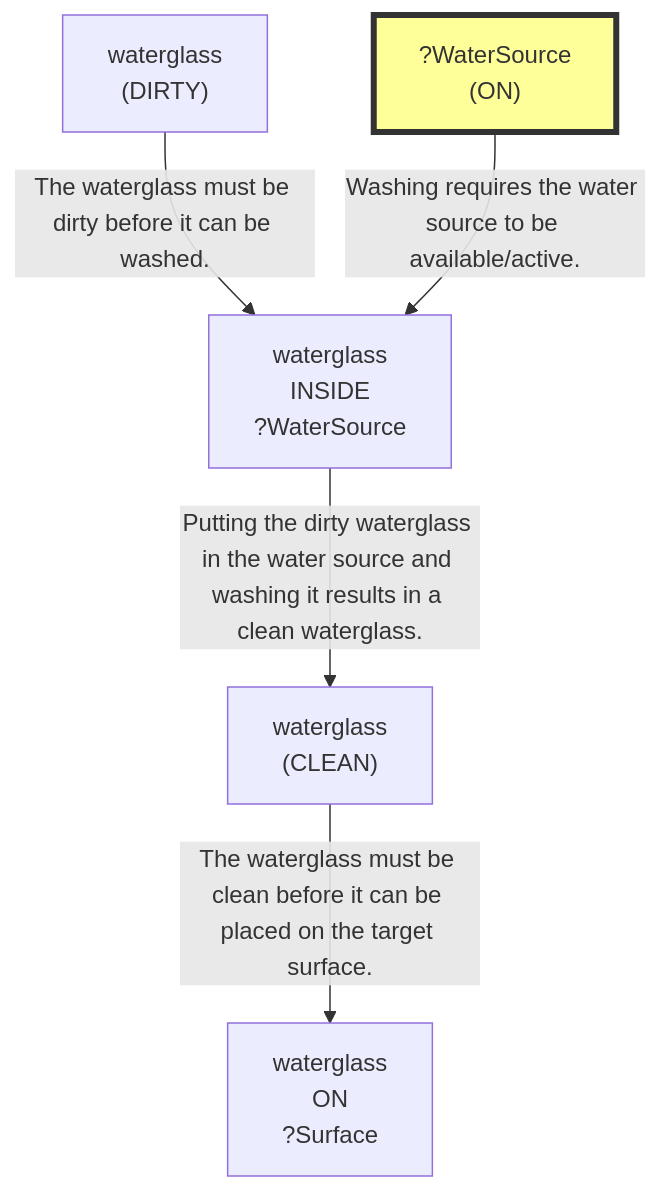
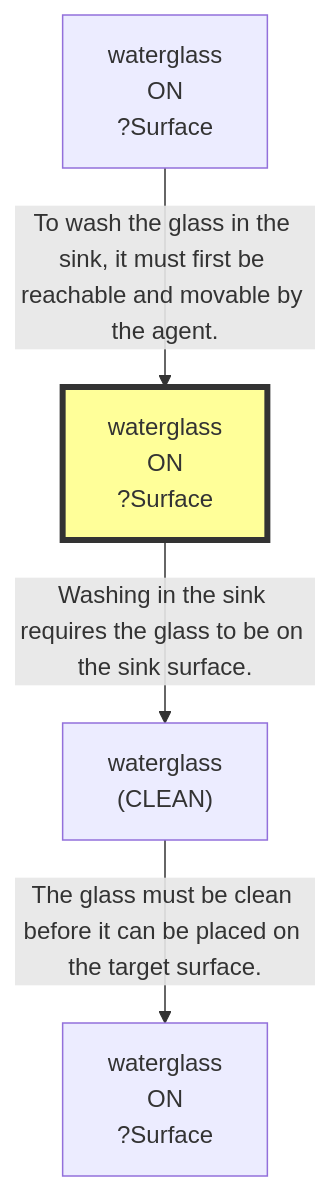
The second of 6 diagrams in agent/results/success/P3_13/run_P3_13.md (scuama/virtualhome), drawn with Mermaid before and after one commit. The commit also changed other lines of this file and 7 other files, not shown here.

````diff
--- a/agent/results/success/P3_13/run_P3_13.md
+++ b/agent/results/success/P3_13/run_P3_13.md
@@ -185,13 +128,11 @@
 ```mermaid
 graph TD
     N1["waterglass<br>ON<br>?Surface"]
-    N2["waterglass<br>INSIDE<br>?WaterSource"]
-    N3["waterglass<br>(CLEAN)"]
-    N4["waterglass<br>(DIRTY)"]
-    N5["?WaterSource<br>(ON)"]
-    style N5 fill:#ff9,stroke:#333,stroke-width:4px
-    N4 -->|"The waterglass must be dirty before it can be washed."| N2
-    N5 -->|"Washing requires the water source to be available/active."| N2
-    N2 -->|"Putting the dirty waterglass in the water source and washing it results in a clean waterglass."| N3
-    N3 -->|"The waterglass must be clean before it can be placed on the target surface."| N1
+    N2["waterglass<br>(CLEAN)"]
+    N3["waterglass<br>ON<br>?Surface"]
+    style N3 fill:#ff9,stroke:#333,stroke-width:4px
+    N4["waterglass<br>ON<br>?Surface"]
+    N2 -->|"The glass must be clean before it can be placed on the target surface."| N1
+    N3 -->|"Washing in the sink requires the glass to be on the sink surface."| N2
+    N4 -->|"To wash the glass in the sink, it must first be reachable and movable by the agent."| N3
 ```
````
